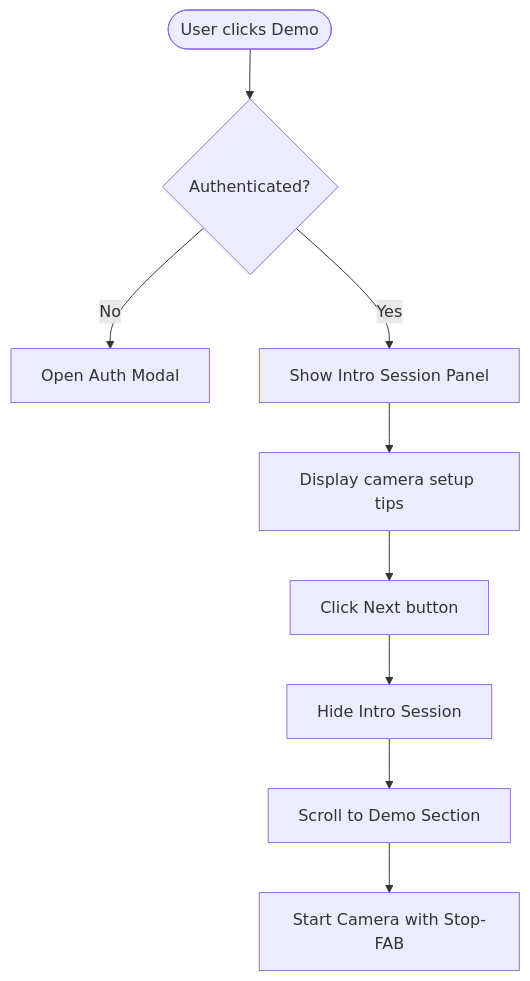
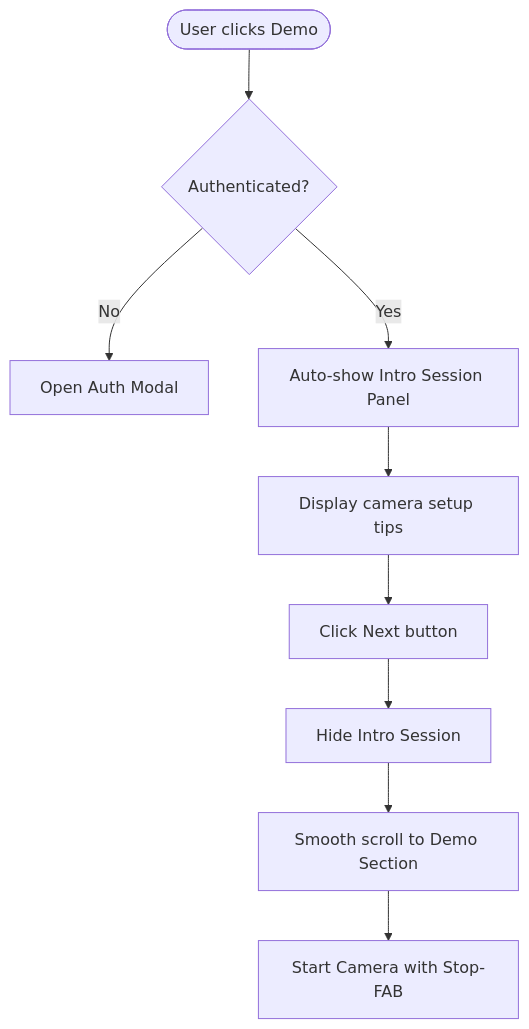
Before and after one commit to ikramhh/signvue-project: the third of 9 diagrams in .qoder/repowiki/en/content/Frontend Application.md, drawn with Mermaid. The commit also changed other lines of this file and 4 other files, not shown here.

````diff
--- a/.qoder/repowiki/en/content/Frontend Application.md
+++ b/.qoder/repowiki/en/content/Frontend Application.md
@@ -175,11 +176,11 @@
 ```mermaid
 flowchart TD
 Start(["User clicks Demo"]) --> CheckAuth{"Authenticated?"}
 CheckAuth --> |No| OpenAuth["Open Auth Modal"]
-CheckAuth --> |Yes| ShowIntro["Show Intro Session Panel"]
+CheckAuth --> |Yes| ShowIntro["Auto-show Intro Session Panel"]
 ShowIntro --> UserTips["Display camera setup tips"]
 UserTips --> NextButton["Click Next button"]
 NextButton --> HideIntro["Hide Intro Session"]
-HideIntro --> ScrollDemo["Scroll to Demo Section"]
+HideIntro --> ScrollDemo["Smooth scroll to Demo Section"]
 ScrollDemo --> StartCamera["Start Camera with Stop-FAB"]
 ```
````
